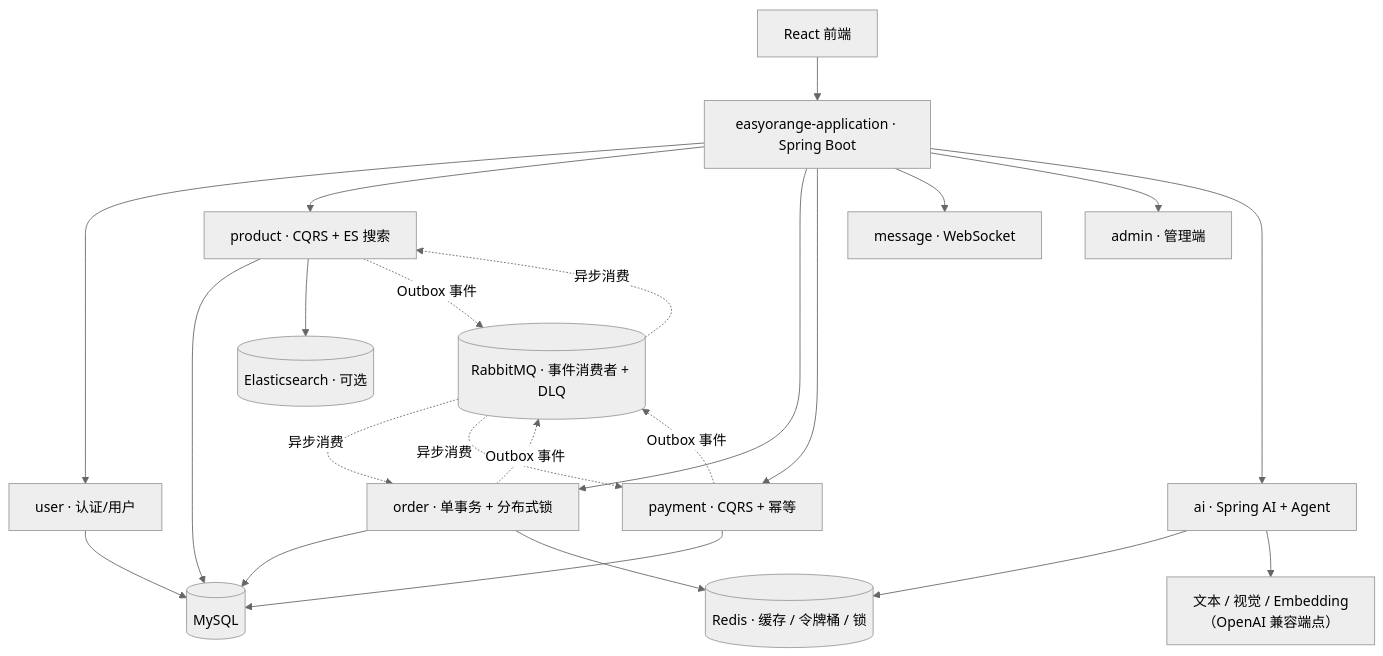
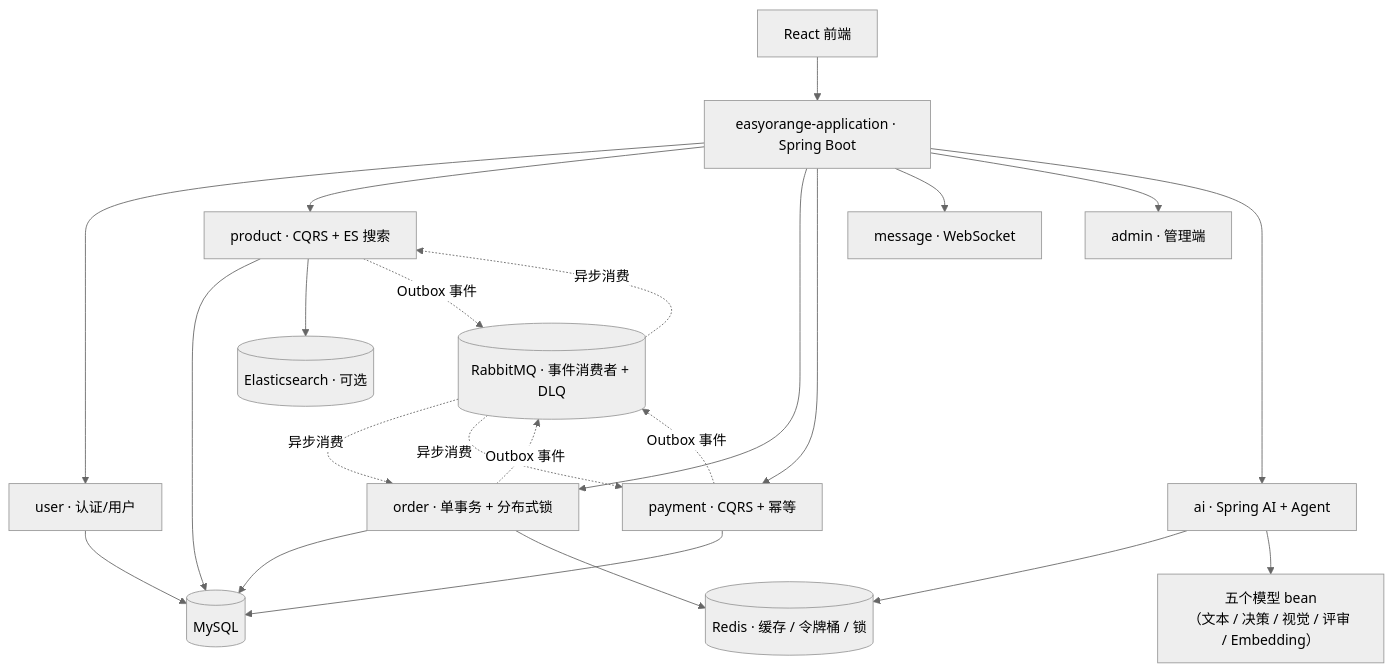
One commit to Xytheria-t/EasyOrange changed the diagram in README.md. Above: the diagram before and after it, drawn with Mermaid (neutral theme). The commit also changed other lines of this file and 1 other file, not shown here.

````diff
--- a/README.md
+++ b/README.md
@@ -82,42 +82,42 @@
 ```mermaid
 flowchart TB
     FE["React 前端"]
     APP["easyorange-application · Spring Boot"]
     USER["user · 认证/用户"]
     PROD["product · CQRS + ES 搜索"]
     ORD["order · 单事务 + 分布式锁"]
     PAY["payment · CQRS + 幂等"]
     MSG["message · WebSocket"]
     ADMIN["admin · 管理端"]
     AI["ai · Spring AI + Agent"]
     MQ[("RabbitMQ · 事件消费者 + DLQ")]
     DB[("MySQL")]
     REDIS[("Redis · 缓存 / 令牌桶 / 锁")]
     ES[("Elasticsearch · 可选")]
-    LLM["文本 / 视觉 / Embedding<br/>（OpenAI 兼容端点）"]
+    LLM["五个模型 bean<br/>（文本 / 决策 / 视觉 / 评审 / Embedding）"]
 
     FE --> APP
     APP --> USER
     APP --> PROD
     APP --> ORD
     APP --> PAY
     APP --> MSG
     APP --> ADMIN
     APP --> AI
 
     USER --> DB
     PROD --> DB
     ORD --> DB
     PAY --> DB
     PROD --> ES
     ORD --> REDIS
     AI --> REDIS
     AI --> LLM
 
     PROD -. "Outbox 事件" .-> MQ
     ORD -. "Outbox 事件" .-> MQ
     PAY -. "Outbox 事件" .-> MQ
     MQ -. "异步消费" .-> PROD
     MQ -. "异步消费" .-> ORD
     MQ -. "异步消费" .-> PAY
 ```
````
